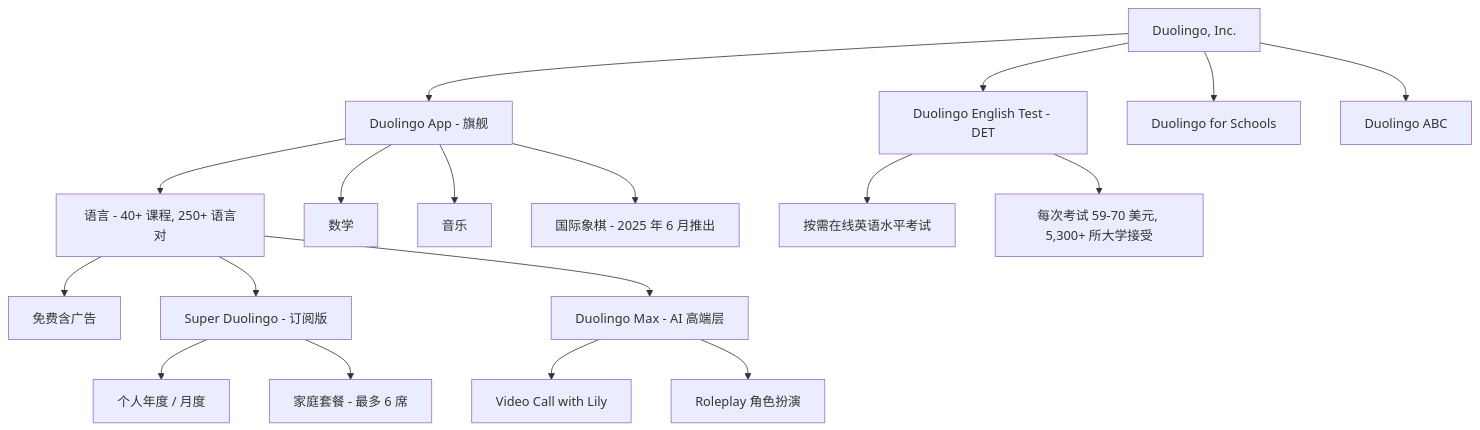
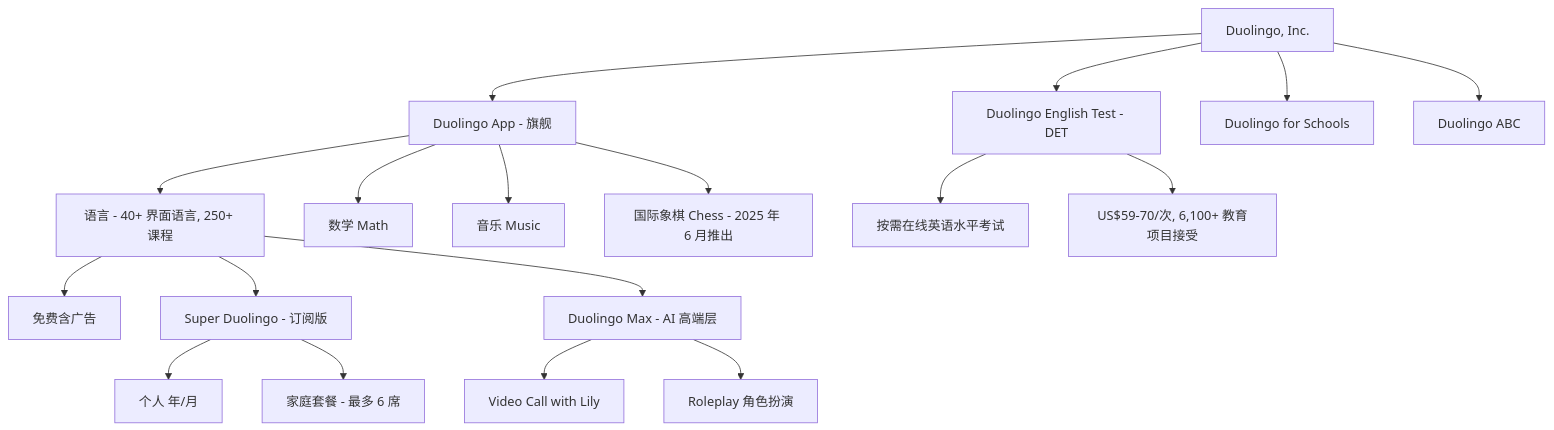
One commit to dadachundan/financial_agent changed the fifth of 8 diagrams in reports/company/Duolingo_NASDAQ_DUOL/Duolingo_NASDAQ_DUOL_公司研究.md. Above: the diagram before and after it, drawn with Mermaid. The commit also changed other lines of this file and 15 other files, not shown here.

````diff
--- a/reports/company/Duolingo_NASDAQ_DUOL/Duolingo_NASDAQ_DUOL_公司研究.md
+++ b/reports/company/Duolingo_NASDAQ_DUOL/Duolingo_NASDAQ_DUOL_公司研究.md
@@ -137,20 +529,20 @@
 ```mermaid
 graph TD
     A[Duolingo, Inc.] --> B[Duolingo App - 旗舰]
     A --> C[Duolingo English Test - DET]
     A --> D[Duolingo for Schools]
     A --> E[Duolingo ABC]
-    B --> B1[语言 - 40+ 课程, 250+ 语言对]
-    B --> B2[数学]
-    B --> B3[音乐]
-    B --> B4[国际象棋 - 2025 年 6 月推出]
+    B --> B1[语言 - 40+ 界面语言, 250+ 课程]
+    B --> B2[数学 Math]
+    B --> B3[音乐 Music]
+    B --> B4[国际象棋 Chess - 2025 年 6 月推出]
     B1 --> S1[免费含广告]
     B1 --> S2[Super Duolingo - 订阅版]
     B1 --> S3[Duolingo Max - AI 高端层]
-    S2 --> F1[个人年度 / 月度]
+    S2 --> F1[个人 年/月]
     S2 --> F2[家庭套餐 - 最多 6 席]
     S3 --> M1[Video Call with Lily]
     S3 --> M2[Roleplay 角色扮演]
     C --> T1[按需在线英语水平考试]
-    C --> T2[每次考试 59-70 美元, 5,300+ 所大学接受]
+    C --> T2[US$59-70/次, 6,100+ 教育项目接受]
 ```
````
